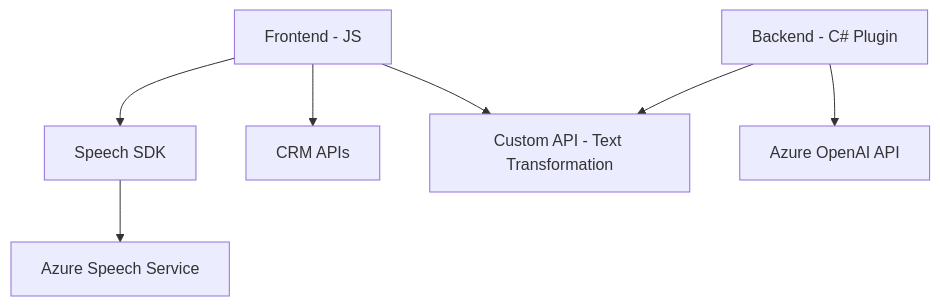
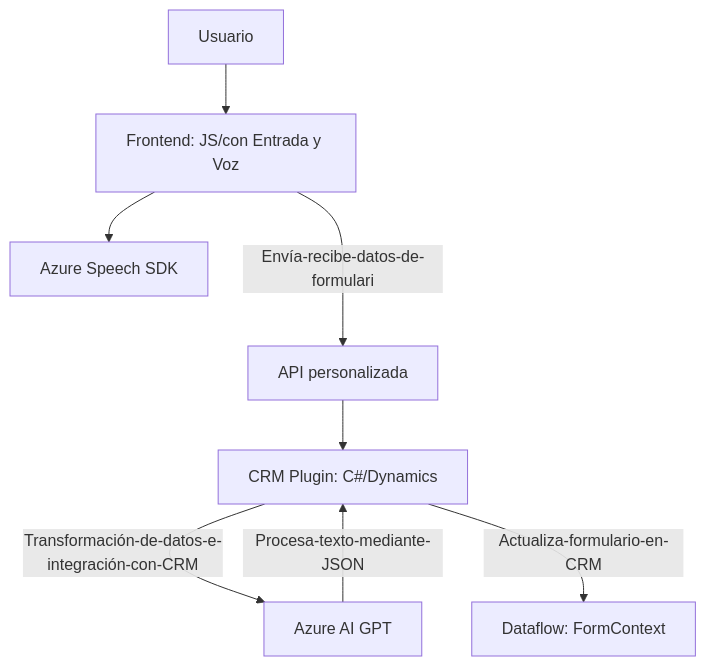
The diagram in README.md (blopezdm/NETCORE_BILBAO2025), drawn with Mermaid before and after one commit. The commit also changed other lines of this file, not shown here.

Commit message:
Actualizar análisis global de la solución con IA

````diff
--- a/README.md
+++ b/README.md
@@ -53,17 +46,18 @@
 ```mermaid
 graph TD
-    A["Frontend - JS"]
-    B["Speech SDK"]
-    C["Azure Speech Service"]
-    D["CRM APIs"]
-    E["Custom API - Text Transformation"]
-    F["Backend - C# Plugin"]
-    G["Azure OpenAI API"]
+    A[Usuario]
+    B[Frontend: JS/con Entrada y Voz]
+    C[Azure Speech SDK]
+    D[API personalizada]
+    E[CRM Plugin: C#/Dynamics]
+    F[Azure AI GPT]
+    G[Dataflow: FormContext]
 
     A --> B
-    A --> D
-    A --> E
     B --> C
-    F --> E
-    F --> G
+    B --Envía-recibe-datos-de-formulario--> D
+    D --> E
+    E --Transformación-de-datos-e-integración-con-CRM--> F
+    F --Procesa-texto-mediante-JSON--> E
+    E --Actualiza-formulario-en-CRM--> G
 ```
````
